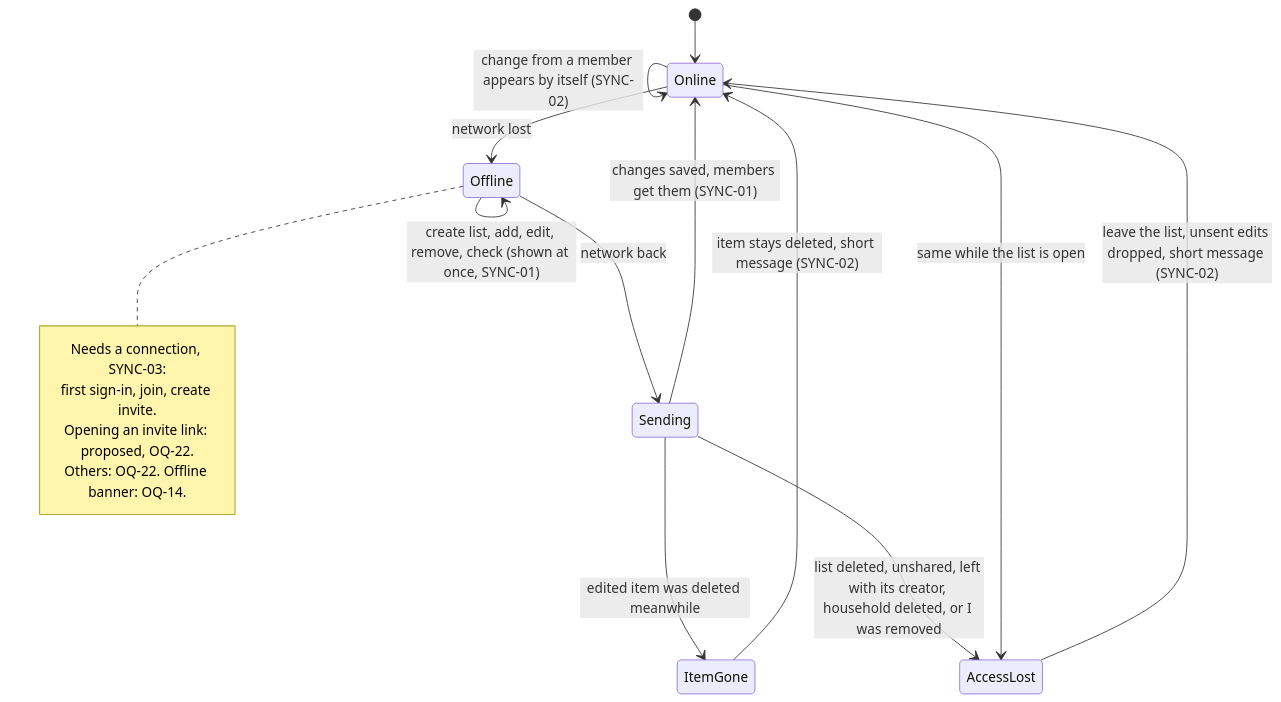
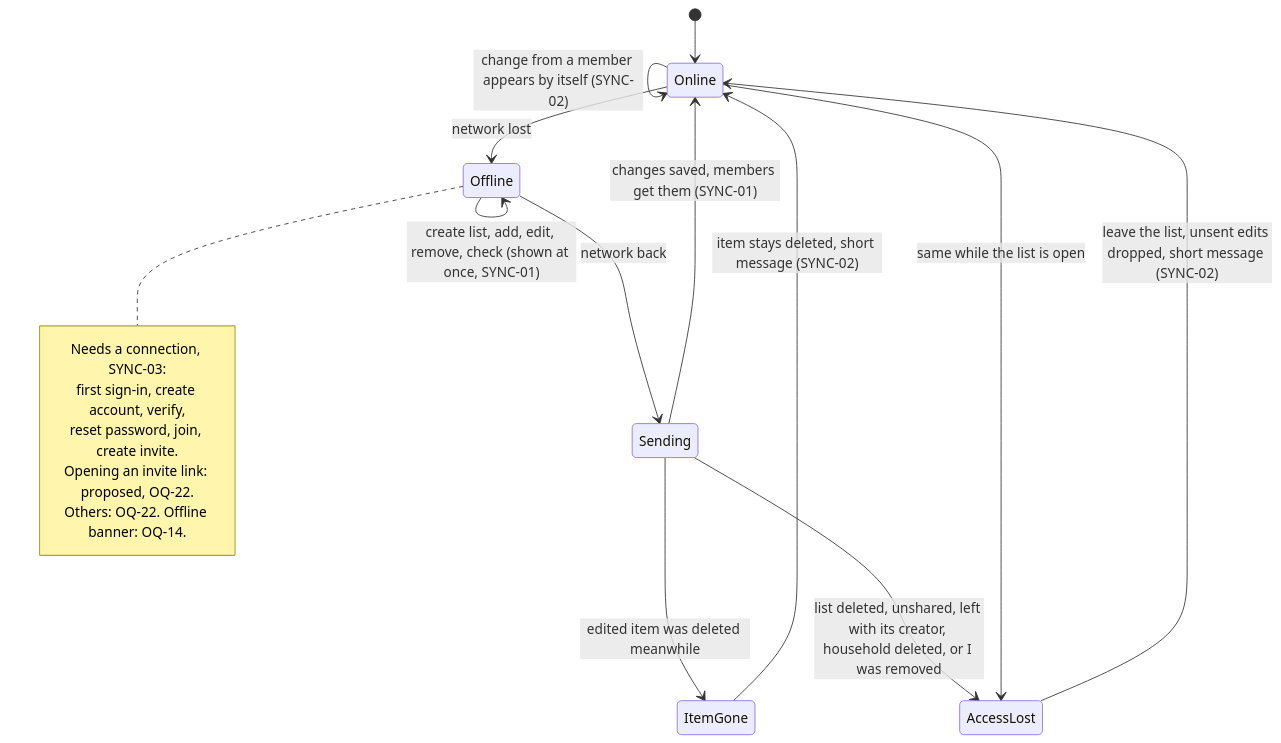
One commit to bondo/listicles2 changed the eighth of 11 diagrams in docs/product/flow.md. Above: the diagram before and after it, drawn with Mermaid. The commit also changed other lines of this file and 1 other file, not shown here.

First line of the commit message:
docs(product): add email and password sign-in stories (AUTH-05..10)

````diff
--- a/docs/product/flow.md
+++ b/docs/product/flow.md
@@ -186,20 +218,21 @@
 ```mermaid
 stateDiagram-v2
     [*] --> Online
     Online --> Offline: network lost
     Offline --> Offline: create list, add, edit, remove, check (shown at once, SYNC-01)
     Offline --> Sending: network back
     Sending --> Online: changes saved, members get them (SYNC-01)
     Online --> Online: change from a member appears by itself (SYNC-02)
     Sending --> ItemGone: edited item was deleted meanwhile
     ItemGone --> Online: item stays deleted, short message (SYNC-02)
     Sending --> AccessLost: list deleted, unshared, left with its creator, household deleted, or I was removed
     Online --> AccessLost: same while the list is open
     AccessLost --> Online: leave the list, unsent edits dropped, short message (SYNC-02)
     note right of Offline
         Needs a connection, SYNC-03:
-        first sign-in, join, create invite.
+        first sign-in, create account, verify,
+        reset password, join, create invite.
         Opening an invite link: proposed, OQ-22.
         Others: OQ-22. Offline banner: OQ-14.
     end note
 ```
````
